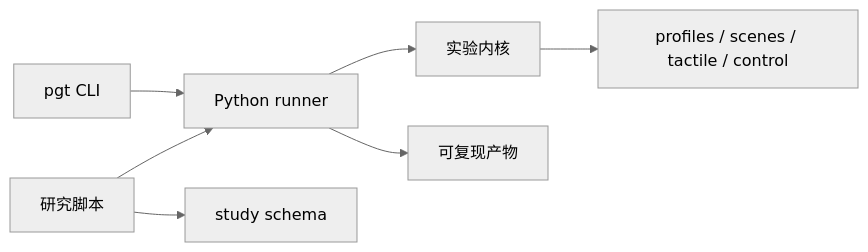
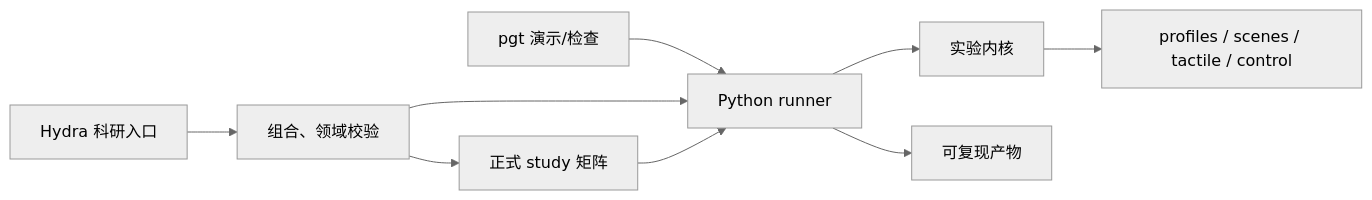
The diagram in README.md (langxin11/parallel_gripper_tactile), drawn with Mermaid (neutral theme) before and after one commit. The commit also changed other lines of this file and 79 other files, not shown here.

````diff
--- a/README.md
+++ b/README.md
@@ -169,9 +185,11 @@
 ```mermaid
 flowchart LR
-  CLI["pgt CLI"] --> Runner["Python runner"]
-  Scripts["研究脚本"] --> Study["study schema"]
-  Scripts --> Runner
+  CLI["pgt 演示/检查"] --> Runner["Python runner"]
+  Hydra["Hydra 科研入口"] --> Resolve["组合、领域校验"]
+  Resolve --> Runner
+  Resolve --> Study["正式 study 矩阵"]
+  Study --> Runner
   Runner --> Experiment["实验内核"]
   Runner --> Artifacts["可复现产物"]
   Experiment --> Domain["profiles / scenes / tactile / control"]
 ```
````
